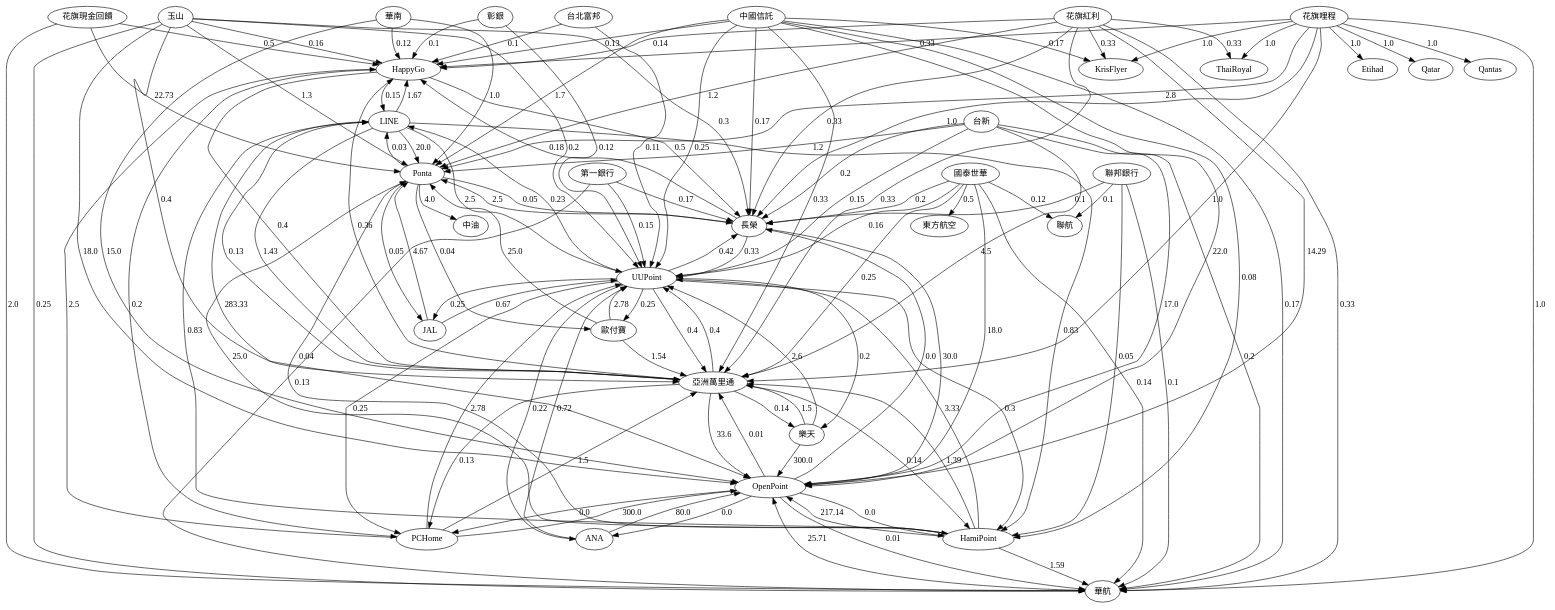
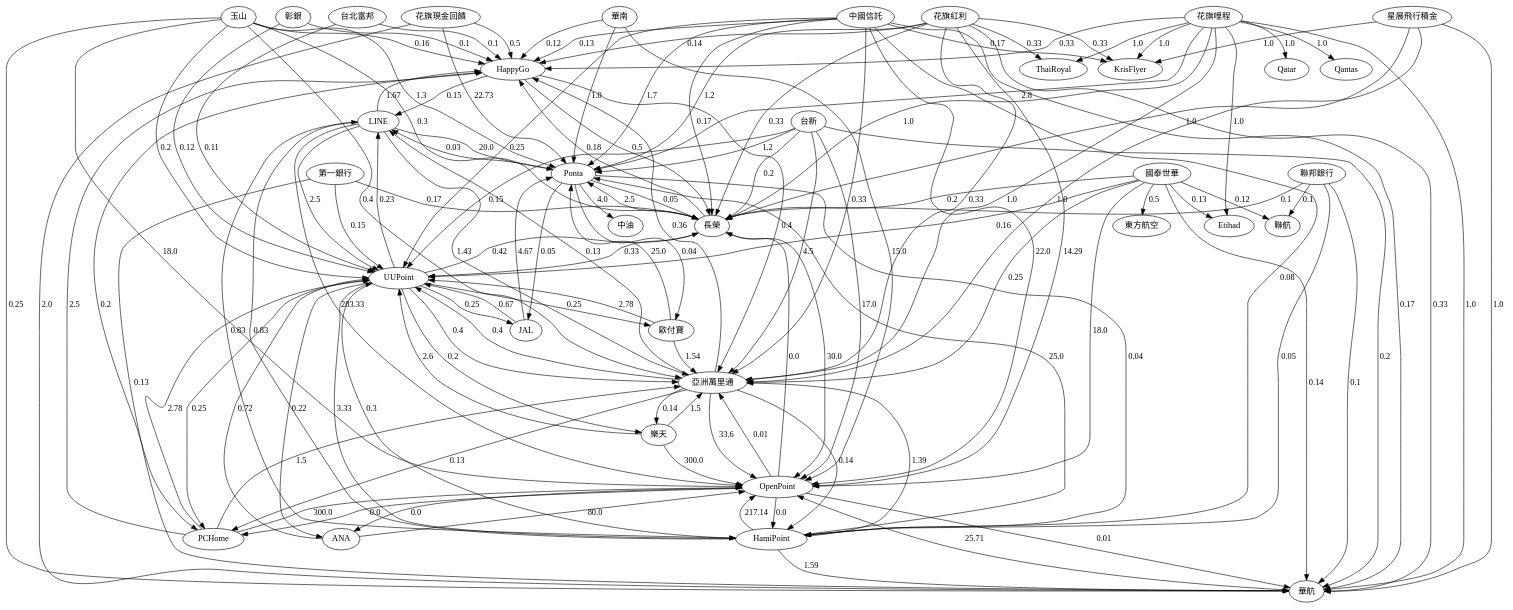
The diagram in pic.dot (shooding/twpoints), drawn with Graphviz before and after one commit. The commit also changed 3 other files, not shown here.

```diff
--- a/pic.dot
+++ b/pic.dot
@@ -1,128 +1,133 @@
 digraph G {HappyGo->LINE [label="0.15"]
 HappyGo->亞洲萬里通 [label="0.4"]
 HappyGo->長榮 [label="0.5"]
 HappyGo->PCHome [label="0.2"]
 OpenPoint->HamiPoint [label="0.0"]
 OpenPoint->PCHome [label="0.0"]
 OpenPoint->亞洲萬里通 [label="0.01"]
 OpenPoint->華航 [label="0.01"]
 OpenPoint->ANA [label="0.0"]
 OpenPoint->長榮 [label="0.0"]
 華航->OpenPoint [label="25.71"]
 ANA->OpenPoint [label="80.0"]
 ANA->UUPoint [label="0.72"]
 JAL->UUPoint [label="0.67"]
 JAL->Ponta [label="4.67"]
 長榮->OpenPoint [label="30.0"]
 UUPoint->亞洲萬里通 [label="0.4"]
 UUPoint->JAL [label="0.25"]
 UUPoint->ANA [label="0.22"]
 UUPoint->長榮 [label="0.42"]
 UUPoint->樂天 [label="0.2"]
 UUPoint->歐付寶 [label="0.25"]
 UUPoint->PCHome [label="0.25"]
 UUPoint->HamiPoint [label="0.3"]
 UUPoint->LINE [label="0.23"]
 Ponta->LINE [label="0.03"]
 Ponta->JAL [label="0.05"]
 Ponta->長榮 [label="0.05"]
 Ponta->歐付寶 [label="0.04"]
 Ponta->HamiPoint [label="0.04"]
 Ponta->中油 [label="4.0"]
 台新->Ponta [label="1.2"]
 台新->華航 [label="0.2"]
 台新->長榮 [label="0.2"]
 台新->亞洲萬里通 [label="4.5"]
 台新->UUPoint [label="0.15"]
 台新->OpenPoint [label="17.0"]
 玉山->Ponta [label="1.3"]
 玉山->UUPoint [label="0.2"]
 玉山->OpenPoint [label="18.0"]
 玉山->HappyGo [label="0.16"]
 玉山->華航 [label="0.25"]
 玉山->長榮 [label="0.3"]
 玉山->亞洲萬里通 [label="0.4"]
 花旗紅利->亞洲萬里通 [label="0.33"]
 花旗紅利->華航 [label="0.33"]
 花旗紅利->長榮 [label="0.33"]
 花旗紅利->KrisFlyer [label="0.33"]
 花旗紅利->ThaiRoyal [label="0.33"]
 花旗紅利->HappyGo [label="0.14"]
 花旗紅利->OpenPoint [label="14.29"]
 花旗紅利->Ponta [label="1.2"]
 花旗現金回饋->HappyGo [label="0.5"]
 花旗現金回饋->Ponta [label="22.73"]
 花旗現金回饋->華航 [label="2.0"]
 花旗哩程->HappyGo [label="0.33"]
 花旗哩程->Ponta [label="2.8"]
 花旗哩程->亞洲萬里通 [label="1.0"]
 花旗哩程->華航 [label="1.0"]
 花旗哩程->長榮 [label="1.0"]
 花旗哩程->KrisFlyer [label="1.0"]
 花旗哩程->ThaiRoyal [label="1.0"]
 花旗哩程->Etihad [label="1.0"]
 花旗哩程->Qatar [label="1.0"]
 花旗哩程->Qantas [label="1.0"]
 華南->Ponta [label="1.0"]
 華南->HappyGo [label="0.12"]
 華南->OpenPoint [label="15.0"]
 歐付寶->亞洲萬里通 [label="1.54"]
 歐付寶->UUPoint [label="2.78"]
 歐付寶->Ponta [label="25.0"]
 HamiPoint->UUPoint [label="3.33"]
 HamiPoint->Ponta [label="25.0"]
 HamiPoint->LINE [label="0.83"]
 HamiPoint->華航 [label="1.59"]
 HamiPoint->亞洲萬里通 [label="1.39"]
 HamiPoint->OpenPoint [label="217.14"]
 樂天->OpenPoint [label="300.0"]
 樂天->UUPoint [label="2.6"]
 樂天->亞洲萬里通 [label="1.5"]
 亞洲萬里通->HamiPoint [label="0.14"]
 亞洲萬里通->LINE [label="0.13"]
 亞洲萬里通->PCHome [label="0.13"]
 亞洲萬里通->樂天 [label="0.14"]
 亞洲萬里通->OpenPoint [label="33.6"]
 亞洲萬里通->UUPoint [label="0.4"]
 亞洲萬里通->HappyGo [label="0.36"]
 聯邦銀行->HamiPoint [label="0.05"]
 聯邦銀行->長榮 [label="0.1"]
 聯邦銀行->華航 [label="0.1"]
 聯邦銀行->聯航 [label="0.1"]
 中國信託->HamiPoint [label="0.08"]
 中國信託->長榮 [label="0.17"]
 中國信託->華航 [label="0.17"]
 中國信託->亞洲萬里通 [label="0.33"]
 中國信託->KrisFlyer [label="0.17"]
 中國信託->Ponta [label="1.7"]
 中國信託->UUPoint [label="0.25"]
 中國信託->OpenPoint [label="22.0"]
 中國信託->HappyGo [label="0.13"]
 LINE->HamiPoint [label="0.83"]
 LINE->HappyGo [label="1.67"]
 LINE->OpenPoint [label="283.33"]
 LINE->Ponta [label="20.0"]
 LINE->UUPoint [label="2.5"]
 LINE->亞洲萬里通 [label="1.43"]
 PCHome->HappyGo [label="2.5"]
 PCHome->亞洲萬里通 [label="1.5"]
 PCHome->OpenPoint [label="300.0"]
 PCHome->UUPoint [label="2.78"]
 長榮->HappyGo [label="0.18"]
 長榮->UUPoint [label="0.33"]
 長榮->Ponta [label="2.5"]
 彰銀->HappyGo [label="0.1"]
 彰銀->UUPoint [label="0.12"]
 台北富邦->HappyGo [label="0.1"]
 台北富邦->UUPoint [label="0.11"]
 第一銀行->UUPoint [label="0.15"]
 第一銀行->華航 [label="0.13"]
 第一銀行->長榮 [label="0.17"]
 國泰世華->OpenPoint [label="18.0"]
 國泰世華->UUPoint [label="0.16"]
 國泰世華->華航 [label="0.14"]
 國泰世華->長榮 [label="0.2"]
 國泰世華->亞洲萬里通 [label="0.25"]
 國泰世華->東方航空 [label="0.5"]
 國泰世華->聯航 [label="0.12"]
+國泰世華->Etihad [label="0.13"]
+星展飛行積金->華航 [label="1.0"]
+星展飛行積金->長榮 [label="1.0"]
+星展飛行積金->亞洲萬里通 [label="1.0"]
+星展飛行積金->KrisFlyer [label="1.0"]
 }
```
